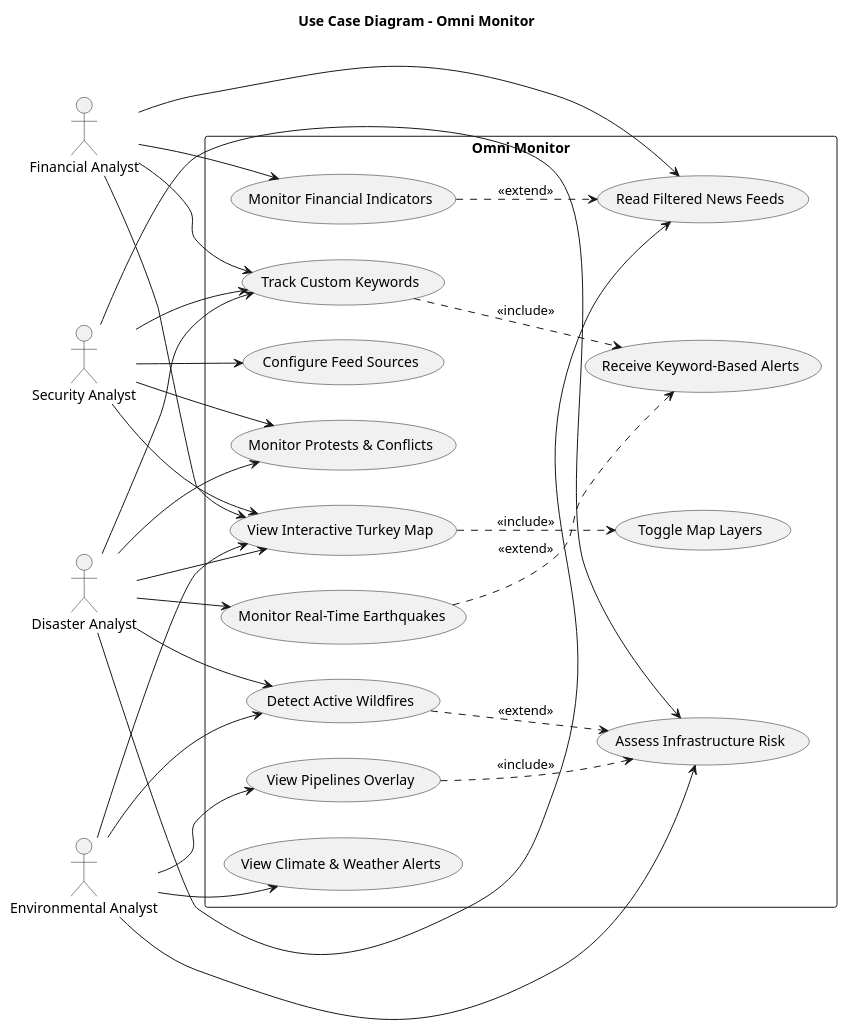
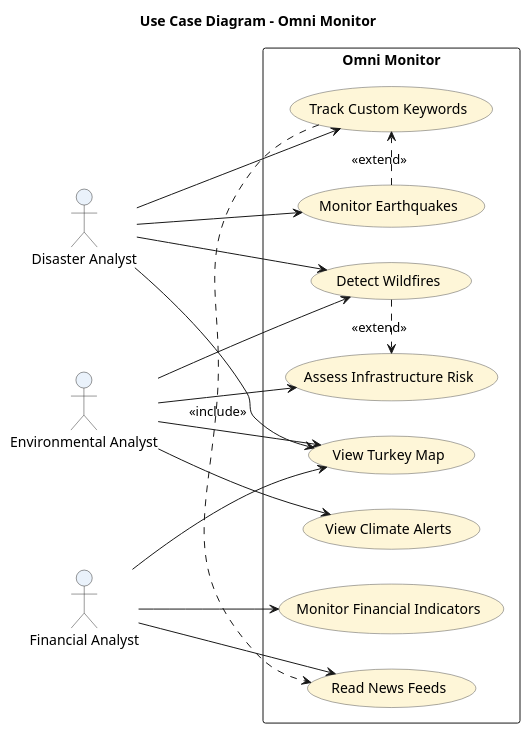
Before and after one commit to kaanklcrsln/omni-monitor: the diagram in docs/diagrams/05-use-case.puml, drawn with PlantUML. The commit also changed 10 other files, not shown here.

Commit message:
use-case diagram updated via task

```diff
--- a/docs/diagrams/05-use-case.puml
+++ b/docs/diagrams/05-use-case.puml
@@ -1,58 +1,48 @@
 @startuml Use_Case_Diagram
 title Use Case Diagram - Omni Monitor
 
 left to right direction
+skinparam packageStyle rectangle
+skinparam usecase {
+  BackgroundColor #FEF6D8
+  BorderColor #555555
+}
+skinparam actor {
+  BackgroundColor #EAF2FB
+  BorderColor #333333
+}
 
-actor "Disaster Analyst" as DA
+actor "Disaster Analyst"      as DA
 actor "Environmental Analyst" as EA
-actor "Financial Analyst" as FA
-actor "Security Analyst" as SA
+actor "Financial Analyst"     as FA
 
 rectangle "Omni Monitor" {
-  usecase "View Interactive Turkey Map" as UC_Map
-  usecase "Toggle Map Layers" as UC_Layers
-  usecase "Monitor Real-Time Earthquakes" as UC_EQ
-  usecase "Detect Active Wildfires" as UC_Fire
-  usecase "Assess Infrastructure Risk" as UC_Infra
-  usecase "View Pipelines Overlay" as UC_Pipe
-  usecase "View Climate & Weather Alerts" as UC_Climate
-  usecase "Monitor Protests & Conflicts" as UC_Protest
-  usecase "Monitor Financial Indicators" as UC_Fin
-  usecase "Read Filtered News Feeds" as UC_News
-  usecase "Track Custom Keywords" as UC_Keyword
-  usecase "Receive Keyword-Based Alerts" as UC_Alert
-  usecase "Configure Feed Sources" as UC_Feeds
+  usecase UC1 as "View Turkey Map"
+  usecase UC2 as "Monitor Earthquakes"
+  usecase UC3 as "Detect Wildfires"
+  usecase UC4 as "Assess Infrastructure Risk"
+  usecase UC5 as "View Climate Alerts"
+  usecase UC6 as "Monitor Financial Indicators"
+  usecase UC7 as "Read News Feeds"
+  usecase UC8 as "Track Custom Keywords"
 }
 
-DA --> UC_Map
-DA --> UC_EQ
-DA --> UC_Fire
-DA --> UC_Protest
-DA --> UC_News
-DA --> UC_Keyword
+DA --> UC1
+DA --> UC2
+DA --> UC3
+DA --> UC8
 
-EA --> UC_Map
-EA --> UC_Fire
-EA --> UC_Climate
-EA --> UC_Infra
-EA --> UC_Pipe
+EA --> UC1
+EA --> UC3
+EA --> UC4
+EA --> UC5
 
-FA --> UC_Map
-FA --> UC_Fin
-FA --> UC_News
-FA --> UC_Keyword
+FA --> UC1
+FA --> UC6
+FA --> UC7
 
-SA --> UC_Map
-SA --> UC_Protest
-SA --> UC_Infra
-SA --> UC_Keyword
-SA --> UC_Feeds
-
-UC_EQ ..> UC_Alert : <<extend>>
-UC_Keyword ..> UC_Alert : <<include>>
-UC_Fire ..> UC_Infra : <<extend>>
-UC_Pipe ..> UC_Infra : <<include>>
-UC_Map ..> UC_Layers : <<include>>
-UC_Fin ..> UC_News : <<extend>>
+UC3 .> UC4 : <<extend>>
+UC8 .> UC7 : <<include>>
+UC2 .> UC8 : <<extend>>
 
 @enduml
```
